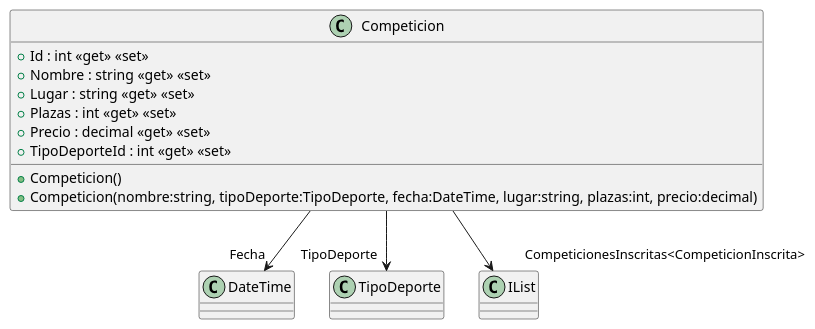
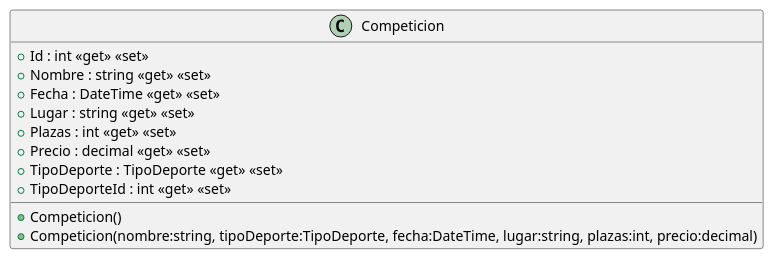
One commit to EQUIPO-AJR-IS-2/ISII2627EquipoAJR changed the diagram in src/AppForSEII.API/ClassDiagram/Competicion.puml. Above: the diagram before and after it, drawn with PlantUML. The commit also changed 4 other files, not shown here.

```diff
--- a/src/AppForSEII.API/ClassDiagram/Competicion.puml
+++ b/src/AppForSEII.API/ClassDiagram/Competicion.puml
@@ -1,15 +1,14 @@
 @startuml
 class Competicion {
     + Competicion()
     + Competicion(nombre:string, tipoDeporte:TipoDeporte, fecha:DateTime, lugar:string, plazas:int, precio:decimal)
     + Id : int <<get>> <<set>>
     + Nombre : string <<get>> <<set>>
+    + Fecha : DateTime <<get>> <<set>>
     + Lugar : string <<get>> <<set>>
     + Plazas : int <<get>> <<set>>
     + Precio : decimal <<get>> <<set>>
+    + TipoDeporte : TipoDeporte <<get>> <<set>>
     + TipoDeporteId : int <<get>> <<set>>
 }
-Competicion --> "Fecha" DateTime
-Competicion --> "TipoDeporte" TipoDeporte
-Competicion --> "CompeticionesInscritas<CompeticionInscrita>" IList
 @enduml
```
